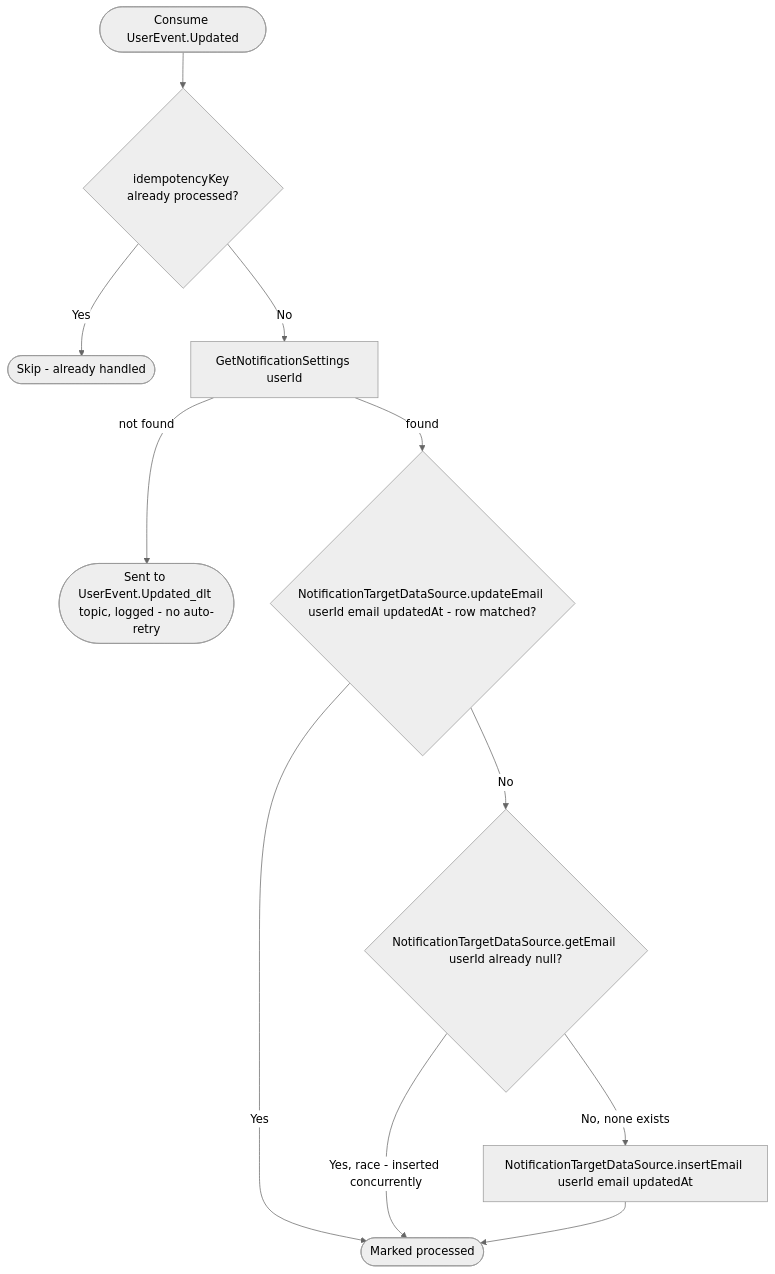
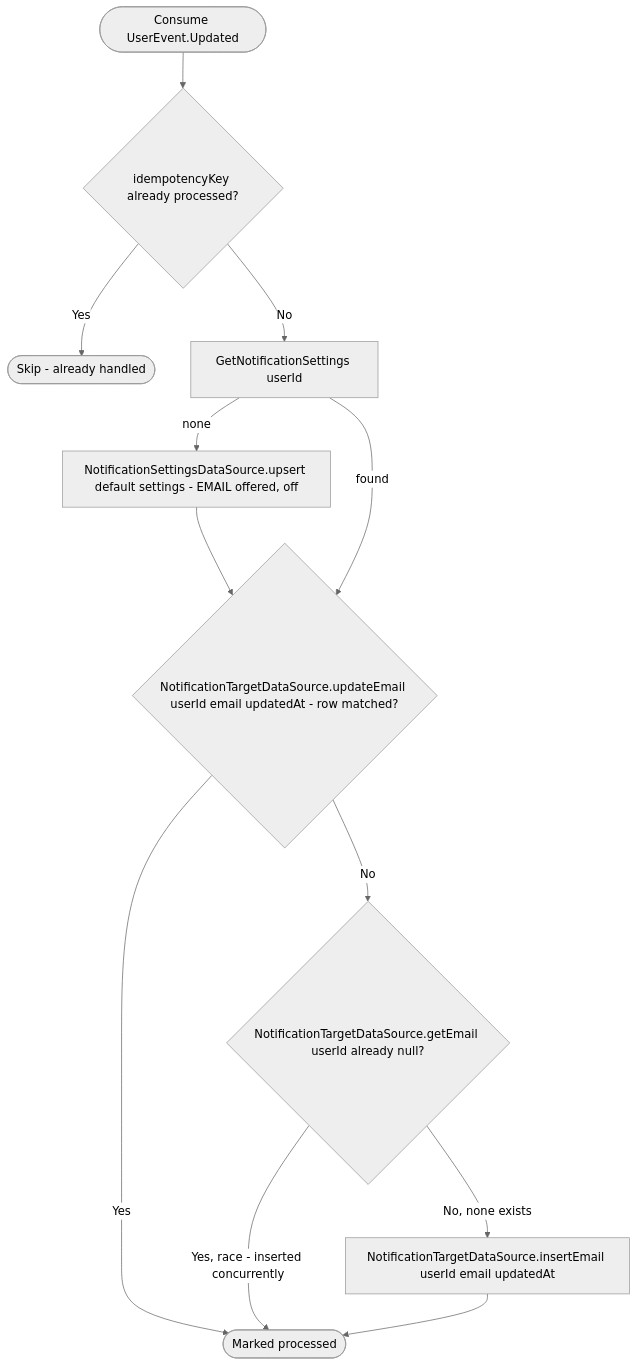
Before and after one commit to nocturneproperties/bookkme: the diagram in docs/operations/notifications/on-user-updated.md, drawn with Mermaid (neutral theme). The commit also changed other lines of this file and 32 other files, not shown here.

````diff
--- a/docs/operations/notifications/on-user-updated.md
+++ b/docs/operations/notifications/on-user-updated.md
@@ -10,13 +18,14 @@
 ```mermaid
 flowchart TD
     Start([Consume UserEvent.Updated]) --> Dedup{idempotencyKey already processed?}
     Dedup -- Yes --> Skip([Skip - already handled])
     Dedup -- No --> GetSettings[GetNotificationSettings userId]
-    GetSettings -- not found --> Dlt([Sent to UserEvent.Updated_dlt topic, logged - no auto-retry])
+    GetSettings -- none --> Create[NotificationSettingsDataSource.upsert default settings - EMAIL offered, off]
+    Create --> UpdateEmail
     GetSettings -- found --> UpdateEmail{NotificationTargetDataSource.updateEmail userId email updatedAt - row matched?}
     UpdateEmail -- Yes --> Ack([Marked processed])
     UpdateEmail -- No --> HasEmail{NotificationTargetDataSource.getEmail userId already null?}
     HasEmail -- No, none exists --> Insert[NotificationTargetDataSource.insertEmail userId email updatedAt]
     HasEmail -- Yes, race - inserted concurrently --> Ack
     Insert --> Ack
 ```
````
